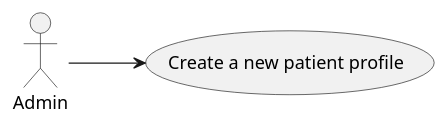
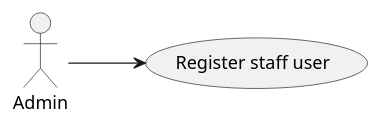
The diagram in docs/Sprint 1/US 5.1.1/RegisterStaffUser/sceneryView.puml (MateusCabral2004/sem5pi), drawn with PlantUML before and after one commit. The commit also changed 3 other files, not shown here.

Commit message:
Use case diagram

```diff
--- a/docs/Sprint 1/US 5.1.1/RegisterStaffUser/sceneryView.puml
+++ b/docs/Sprint 1/US 5.1.1/RegisterStaffUser/sceneryView.puml
@@ -1,9 +1,9 @@
 @startuml
 left to right direction
 
 actor "Admin" as user
-usecase "Create a new patient profile" as goal
+usecase "Register staff user" as goal
 
 user --> goal
 
 @enduml
```
